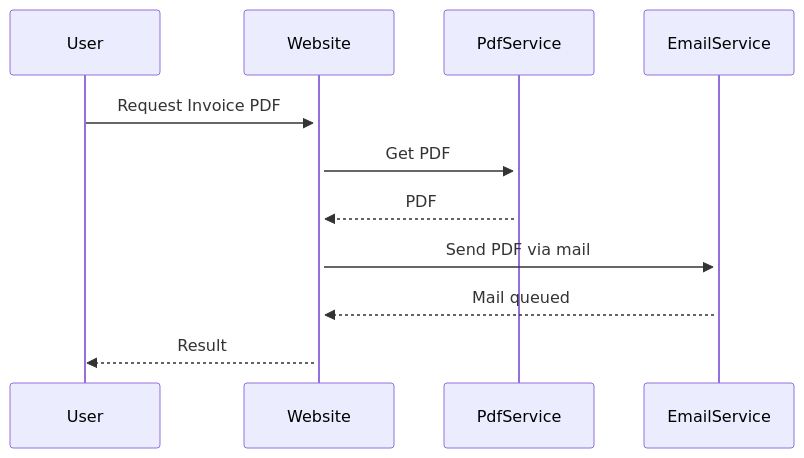
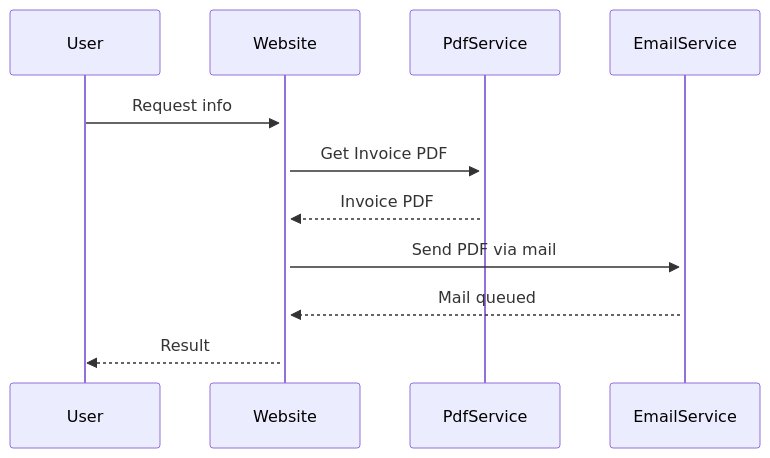
One commit to snlykf/scaling-spork changed the diagram in SYSTEM_DESIGN.md. Above: the diagram before and after it, drawn with Mermaid. The commit also changed other lines of this file, not shown here.

````diff
--- a/SYSTEM_DESIGN.md
+++ b/SYSTEM_DESIGN.md
@@ -3,9 +9,9 @@
 ```mermaid
 sequenceDiagram
-    User->>+Website: Request Invoice PDF
-    Website->>+PdfService: Get PDF
-    PdfService-->>Website: PDF
+    User->>+Website: Request info
+    Website->>+PdfService: Get Invoice PDF
+    PdfService-->>Website: Invoice PDF
     Website->>+EmailService: Send PDF via mail
     EmailService-->>Website: Mail queued
     Website-->>User: Result
 ```
````
